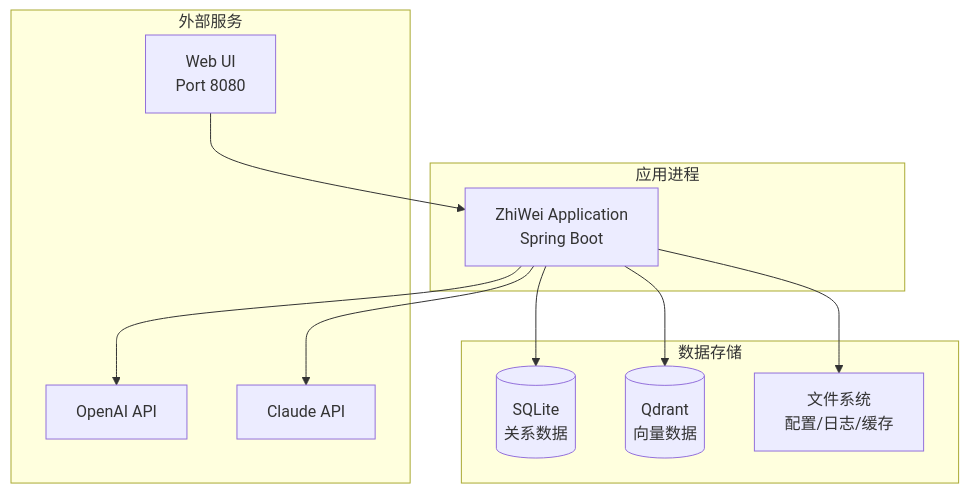
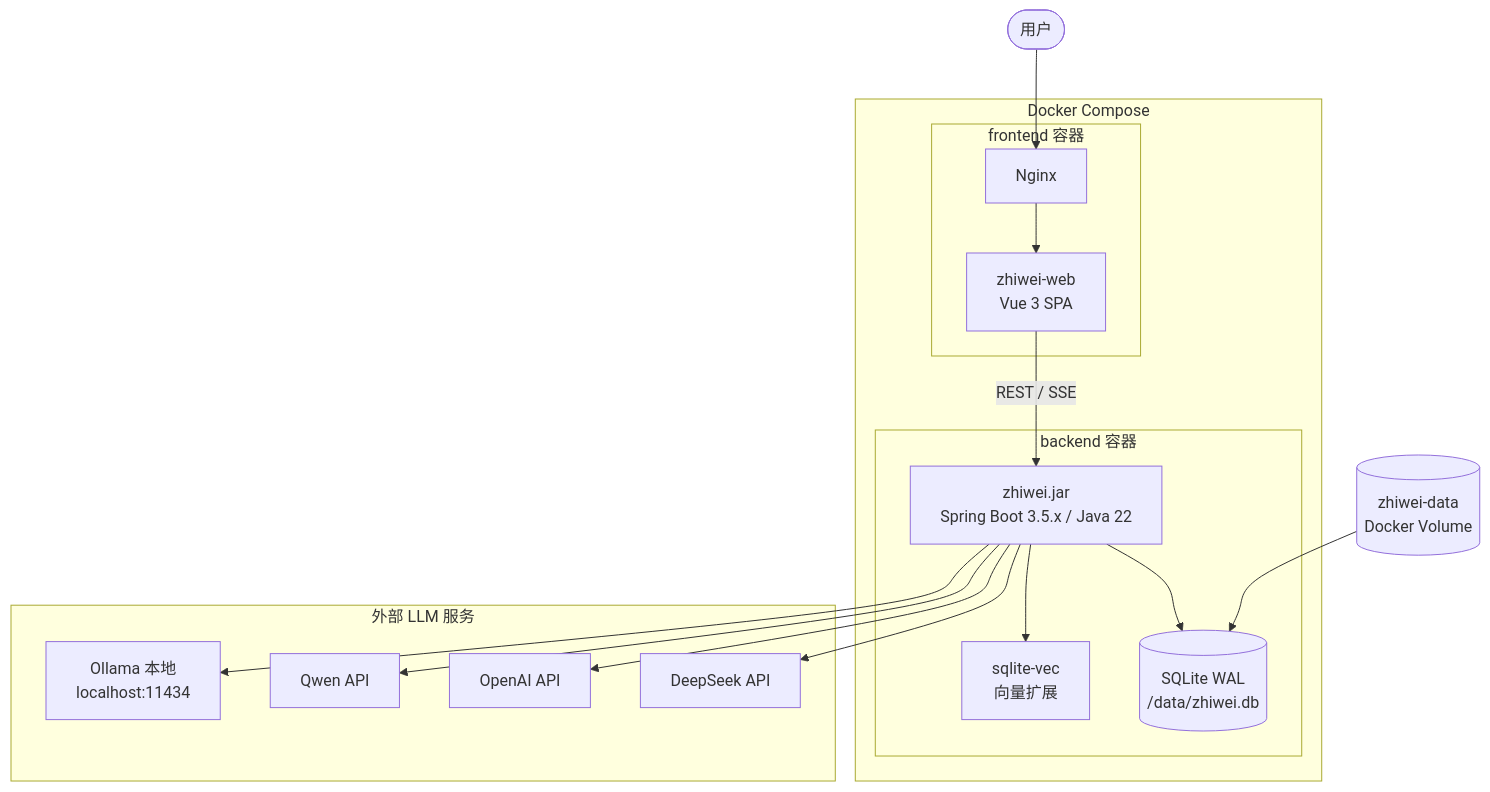
One commit to ntygod/LifePilot changed the seventh of 35 diagrams in ARCHITECTURE-DIAGRAMS.md. Above: the diagram before and after it, drawn with Mermaid. The commit also changed other lines of this file and 2 other files, not shown here.

````diff
--- a/ARCHITECTURE-DIAGRAMS.md
+++ b/ARCHITECTURE-DIAGRAMS.md
@@ -273,25 +359,34 @@
 ```mermaid
 graph TB
-    subgraph "应用进程"
-        App[ZhiWei Application<br/>Spring Boot]
+    subgraph "Docker Compose"
+        subgraph "backend 容器"
+            App[zhiwei.jar<br/>Spring Boot 3.5.x / Java 22]
+            SQLiteDB[(SQLite WAL<br/>/data/zhiwei.db)]
+            VecExt[sqlite-vec<br/>向量扩展]
+        end
+
+        subgraph "frontend 容器"
+            Nginx[Nginx]
+            VueApp[zhiwei-web<br/>Vue 3 SPA]
+        end
     end
 
-    subgraph "数据存储"
-        SQLite[(SQLite<br/>关系数据)]
-        Qdrant[(Qdrant<br/>向量数据)]
-        FileStore[文件系统<br/>配置/日志/缓存]
+    subgraph "外部 LLM 服务"
+        DS[DeepSeek API]
+        OA[OpenAI API]
+        QW[Qwen API]
+        OL[Ollama 本地<br/>localhost:11434]
     end
 
-    subgraph "外部服务"
-        OpenAI[OpenAI API]
-        Claude[Claude API]
-        Web[Web UI<br/>Port 8080]
-    end
+    User([用户]) --> Nginx
+    Nginx --> VueApp
+    VueApp -->|REST / SSE| App
+    App --> SQLiteDB
+    App --> VecExt
+    App --> DS
+    App --> OA
+    App --> QW
+    App --> OL
 
-    App --> SQLite
-    App --> Qdrant
-    App --> FileStore
-    App --> OpenAI
-    App --> Claude
-    Web --> App
+    Volume[(zhiwei-data<br/>Docker Volume)] --> SQLiteDB
 ```
````
